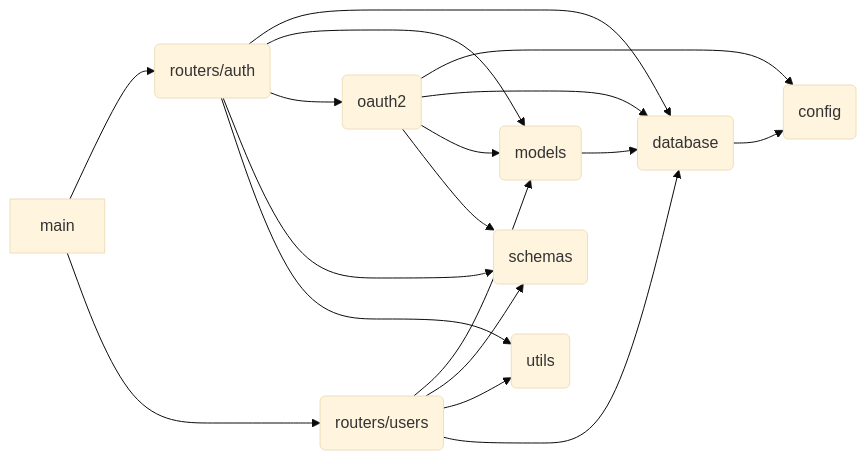
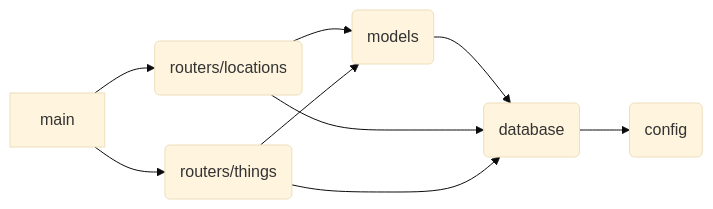
One commit to dessyd/fastapi-iot-cmdb changed the diagram in README.md. Above: the diagram before and after it, drawn with Mermaid (base theme). The commit also changed other lines of this file and 1 other file, not shown here.

````diff
--- a/README.md
+++ b/README.md
@@ -28,35 +80,20 @@
 ```mermaid
 flowchart LR
+    c(config)
+    d(database)
+    m(models)
+    rl(routers/locations)
+    rt(routers/things)
 
+    d --> c
+    m --> d
 
- c(config)
- d(database)
- m(models)
- o(oauth2)
- ra(routers/auth)
- ru(routers/users)
- s(schemas)
- u(utils)
+    main --> rl
+    main --> rt
 
- d --> c
- m --> d
- o --> c
- o --> d
- o --> m
- o --> s
+    rl --> d
+    rl --> m
 
- main --> ra
- main --> ru
-
- ra --> d
- ra --> m
- ra --> o
- ra --> s
- ra --> u
-
- ru --> m
- ru --> s
- ru --> u
- ru --> d
-
+    rt --> d
+    rt --> m
 ```
````
